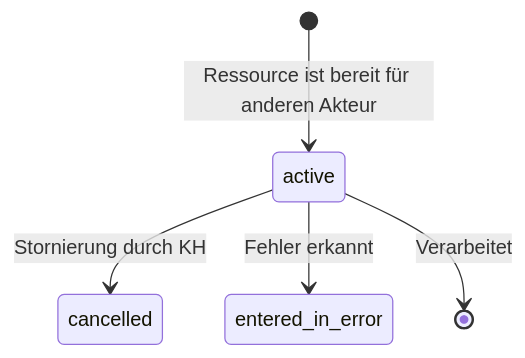
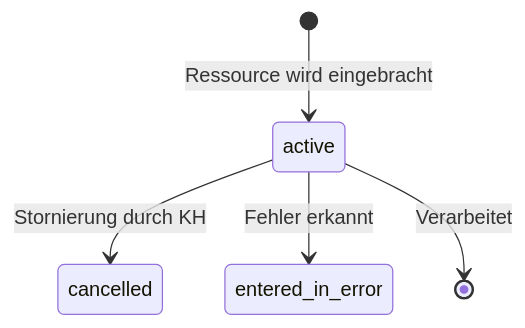
One commit to HL7Austria/ELGA-MOPED-R5 changed the third of 8 diagrams in input/pagecontent/workflowmanagement.md. Above: the diagram before and after it, drawn with Mermaid.

Commit message:
#388 verbesserung financial workflow

```diff
--- a/input/pagecontent/workflowmanagement.md
+++ b/input/pagecontent/workflowmanagement.md
@@ -35,8 +35,8 @@
 <pre class="mermaid">
     stateDiagram-v2
-    [*] --> active : Ressource ist bereit für anderen Akteur
+    [*] --> active : Ressource wird eingebracht
 
     active --> cancelled : Stornierung durch KH
     active --> entered_in_error : Fehler erkannt
     active --> [*] : Verarbeitet
 </pre>
```
